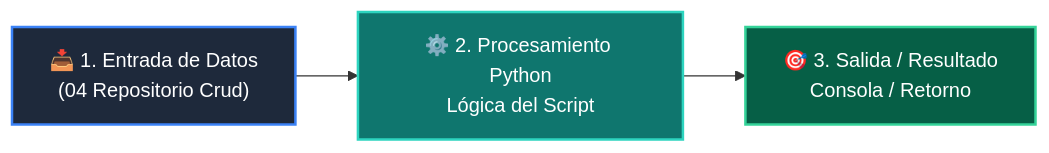
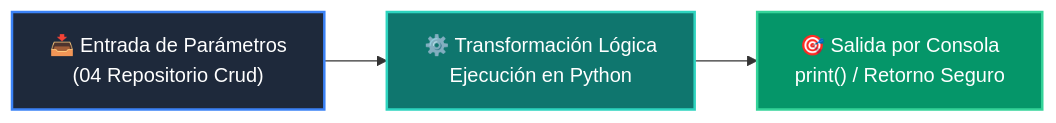
One commit to wisrovi/wisrovi-python changed the diagram in 04-proyecto-final/clase-03-persistencia-sql-transacciones/ejemplos/ejemplo_04_repositorio_crud/README.md. Above: the diagram before and after it, drawn with Mermaid. The commit also changed other lines of this file and 226 other files, not shown here.

Commit message:
docs: elevate all repository READMEs to world-class mastery standard with rich pedagogical architecture, custom Mermaids, and professional styling

````diff
--- a/04-proyecto-final/clase-03-persistencia-sql-transacciones/ejemplos/ejemplo_04_repositorio_crud/README.md
+++ b/04-proyecto-final/clase-03-persistencia-sql-transacciones/ejemplos/ejemplo_04_repositorio_crud/README.md
@@ -12,9 +19,9 @@
 ```mermaid
 flowchart LR
-    A["📥 1. Entrada de Datos<br/>(04 Repositorio Crud)"] --> B["⚙️ 2. Procesamiento Python<br/>Lógica del Script"]
-    B --> C["🎯 3. Salida / Resultado<br/>Consola / Retorno"]
+    A["📥 Entrada de Parámetros<br/>(04 Repositorio Crud)"] --> B["⚙️ Transformación Lógica<br/>Ejecución en Python"]
+    B --> C["🎯 Salida por Consola<br/>print() / Retorno Seguro"]
 
-    style A fill:#1e293b,color:#fff,stroke:#3b82f6,stroke-width:2px
-    style B fill:#0f766e,color:#fff,stroke:#2dd4bf,stroke-width:2px
-    style C fill:#065f46,color:#fff,stroke:#34d399,stroke-width:2px
+    style A fill:#1e293b,color:#ffffff,stroke:#3b82f6,stroke-width:2px
+    style B fill:#0f766e,color:#ffffff,stroke:#2dd4bf,stroke-width:2px
+    style C fill:#059669,color:#ffffff,stroke:#34d399,stroke-width:2px
 ```
````
